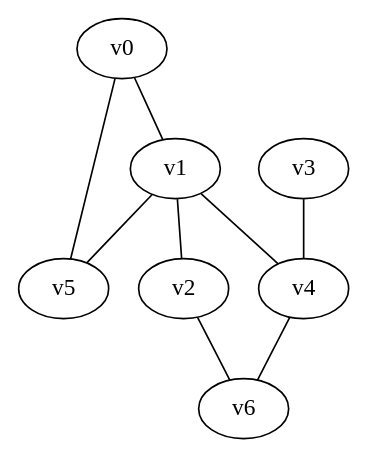
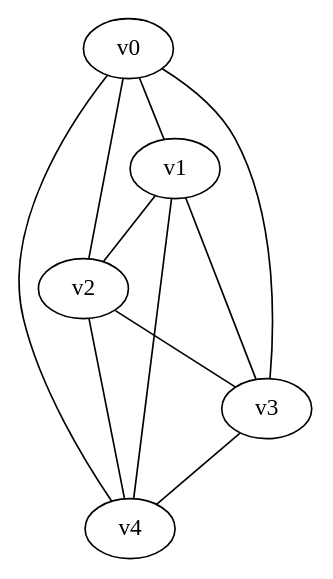
The diagram in cmake-build-debug/aus_kantentabelle.gv (jo20046/graphen), drawn with Graphviz before and after one commit. The commit also changed 6 other files, not shown here.

Commit message:
8.3.2: Graph.is_vollstaendig()

```diff
--- a/cmake-build-debug/aus_kantentabelle.gv
+++ b/cmake-build-debug/aus_kantentabelle.gv
@@ -1,10 +1,12 @@
 graph {
   v0 -- v1
-  v0 -- v5
+  v0 -- v2
+  v0 -- v3
+  v0 -- v4
   v1 -- v2
+  v1 -- v3
   v1 -- v4
-  v1 -- v5
-  v2 -- v6
+  v2 -- v3
+  v2 -- v4
   v3 -- v4
-  v4 -- v6
 }
```
